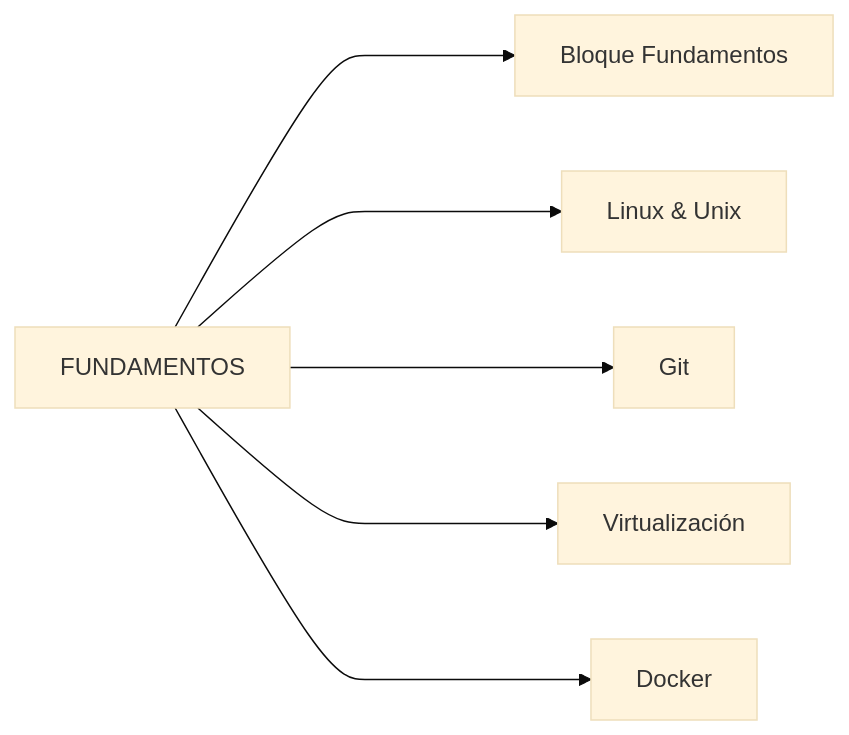
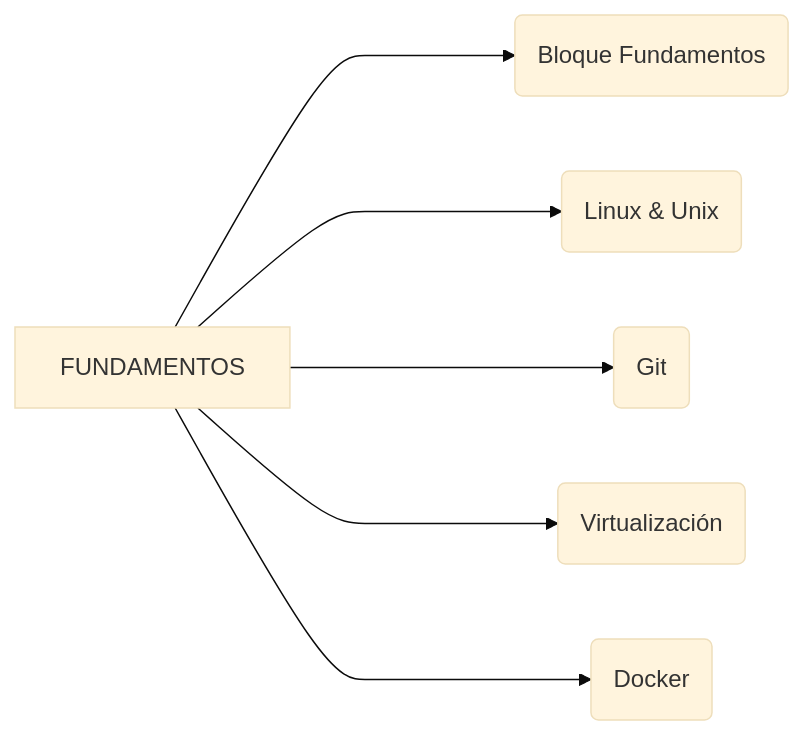
One commit to alozk/Master-Big-Data-Analytics changed the diagram in 1. FUNDAMENTOS/1. FUNDAMENTOS/README.md. Above: the diagram before and after it, drawn with Mermaid (base theme).

````diff
--- a/1. FUNDAMENTOS/1. FUNDAMENTOS/README.md
+++ b/1. FUNDAMENTOS/1. FUNDAMENTOS/README.md
@@ -1,8 +1,8 @@
 ```mermaid
 flowchart LR
-A[FUNDAMENTOS] ---->B[Bloque Fundamentos]
-A[FUNDAMENTOS] ---->C[Linux & Unix]
-A[FUNDAMENTOS] ---->D[Git]
-A[FUNDAMENTOS] ---->E[Virtualización]
-A[FUNDAMENTOS] ---->F[Docker]
+A[FUNDAMENTOS] ---->B(Bloque Fundamentos)
+A[FUNDAMENTOS] ---->C(Linux & Unix)
+A[FUNDAMENTOS] ---->D(Git)
+A[FUNDAMENTOS] ---->E(Virtualización)
+A[FUNDAMENTOS] ---->F(Docker)
 ```
````
